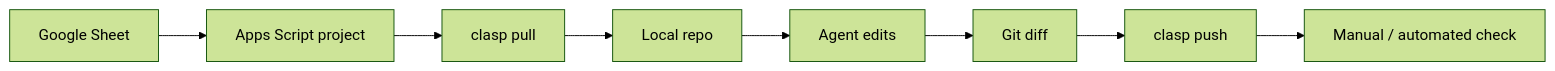
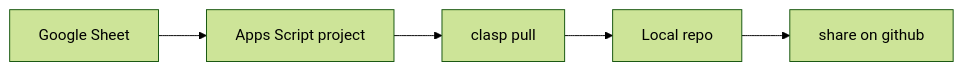
One commit to 3strategy/BeautifulMivney changed the first of 2 diagrams in agentic/04-apps-script-clasp-sheets.md. Above: the diagram before and after it, drawn with Mermaid (forest theme). The commit also changed other lines of this file and 6 other files, not shown here.

````diff
--- a/agentic/04-apps-script-clasp-sheets.md
+++ b/agentic/04-apps-script-clasp-sheets.md
@@ -36,10 +38,7 @@
 ```mermaid
 flowchart LR
     A["Google Sheet"] --> B["Apps Script project"]
     B --> C["clasp pull"]
     C --> D["Local repo"]
-    D --> E["Agent edits"]
-    E --> F["Git diff"]
-    F --> G["clasp push"]
-    G --> H["Manual / automated check"]
+    D --> E["share on github"]
 ```
````
